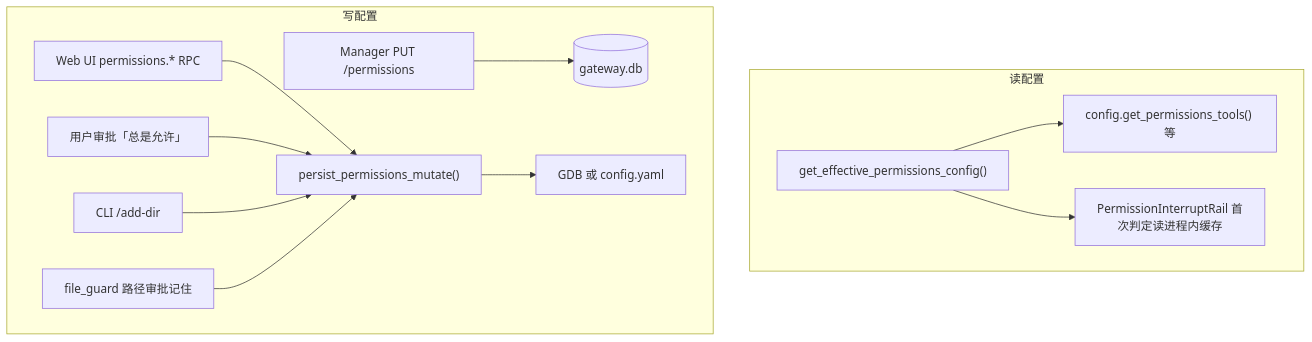
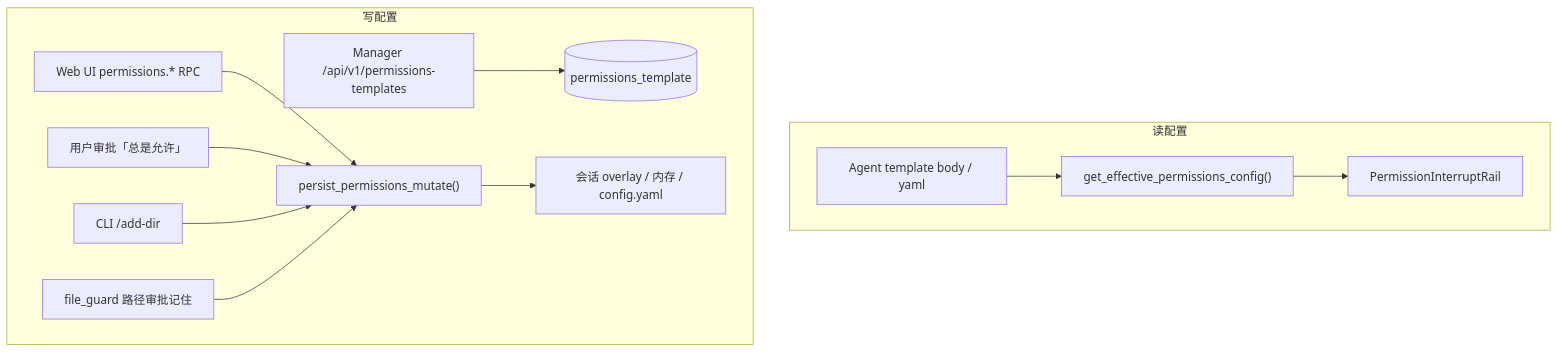
The fifth of 5 diagrams in docs/zh/permissions_config_architecture.md (openJiuwen-ai/jiuwenclaw), drawn with Mermaid before and after one commit. The commit also changed other lines of this file and 1 other file, not shown here.

````diff
--- a/docs/zh/permissions_config_architecture.md
+++ b/docs/zh/permissions_config_architecture.md
@@ -591,24 +494,24 @@
 ```mermaid
 flowchart TB
     subgraph read [读配置]
         R1["get_effective_permissions_config()"]
-        R2["config.get_permissions_tools() 等"]
-        R3["PermissionInterruptRail 首次判定读进程内缓存"]
-        R1 --> R2
+        R2["Agent template body / yaml"]
+        R3["PermissionInterruptRail"]
+        R2 --> R1
         R1 --> R3
     end
 
     subgraph write [写配置]
-        W1["Manager PUT /permissions"]
+        W1["Manager /api/v1/permissions-templates"]
         W2["Web UI permissions.* RPC"]
         W3["用户审批「总是允许」"]
         W4["CLI /add-dir"]
         W5["file_guard 路径审批记住"]
-        W1 --> GDB[(gateway.db)]
+        W1 --> TPL[(permissions_template)]
         W2 --> PERSIST["persist_permissions_mutate()"]
         W3 --> PERSIST
         W4 --> PERSIST
         W5 --> PERSIST
-        PERSIST --> STORE[GDB 或 config.yaml]
+        PERSIST --> STORE[会话 overlay / 内存 / config.yaml]
     end
 ```
````
